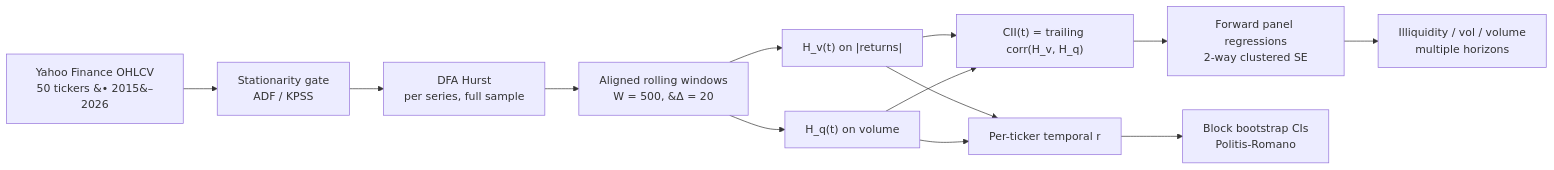
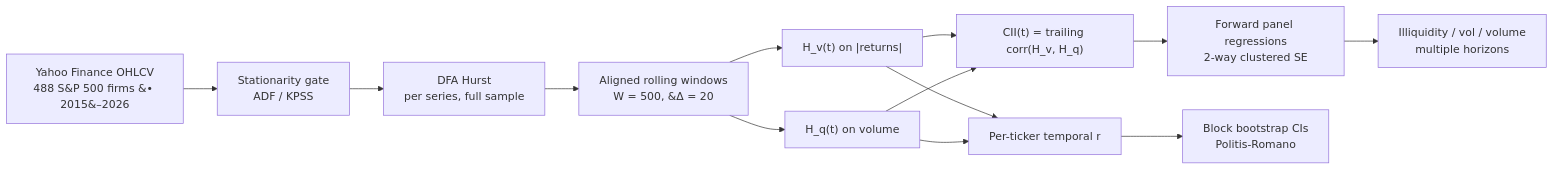
The diagram in README.md (mhdk1602/fractal-pv-coupling), drawn with Mermaid before and after one commit. The commit also changed other lines of this file and 1 other file, not shown here.

````diff
--- a/README.md
+++ b/README.md
@@ -48,15 +51,15 @@
 ```mermaid
 flowchart LR
-    R["Yahoo Finance OHLCV<br/>50 tickers &#8226; 2015&#8211;2026"] --> P["Stationarity gate<br/>ADF / KPSS"]
+    R["Yahoo Finance OHLCV<br/>488 S&amp;P 500 firms &#8226; 2015&#8211;2026"] --> P["Stationarity gate<br/>ADF / KPSS"]
     P --> H["DFA Hurst<br/>per series, full sample"]
     H --> W["Aligned rolling windows<br/>W = 500, &#916; = 20"]
     W --> Hv["H_v(t) on |returns|"]
     W --> Hq["H_q(t) on volume"]
     Hv --> C["CII(t) = trailing corr(H_v, H_q)"]
     Hq --> C
     Hv --> Pcoup["Per-ticker temporal r"]
     Hq --> Pcoup
     C --> X["Forward panel regressions<br/>2-way clustered SE"]
     Pcoup --> B["Block bootstrap CIs<br/>Politis-Romano"]
     X --> O["Illiquidity / vol / volume<br/>multiple horizons"]
 ```
````
